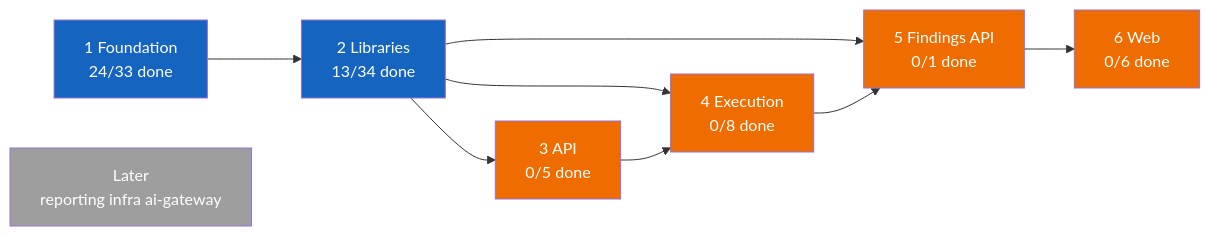
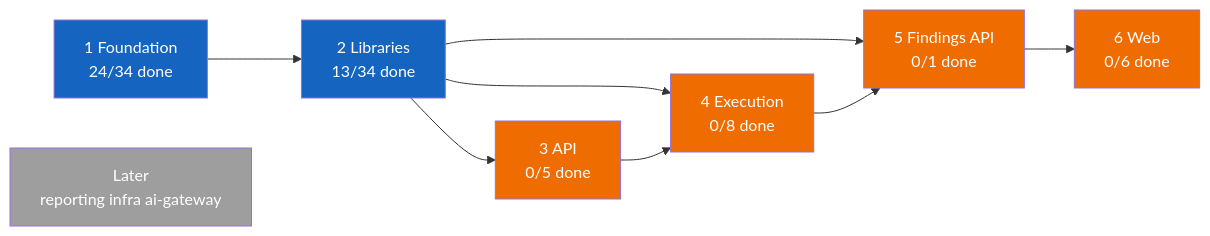
The first of 2 diagrams in PROGRESS.md (vulcanflow/docs), drawn with Mermaid before and after one commit. The commit also changed other lines of this file and 1 other file, not shown here.

````diff
--- a/PROGRESS.md
+++ b/PROGRESS.md
@@ -24,31 +24,31 @@
 ```mermaid
 flowchart LR
-  P1["1 Foundation<br/>24/33 done"]
+  P1["1 Foundation<br/>24/34 done"]
   P2["2 Libraries<br/>13/34 done"]
   P3["3 API<br/>0/5 done"]
   P4["4 Execution<br/>0/8 done"]
   P5["5 Findings API<br/>0/1 done"]
   P6["6 Web<br/>0/6 done"]
   L["Later<br/>reporting infra ai-gateway"]
 
   P1 --> P2
   P2 --> P3
   P2 --> P4
   P3 --> P4
   P2 --> P5
   P4 --> P5
   P5 --> P6
 
   classDef done fill:#2e7d32,color:#fff
   classDef active fill:#1565c0,color:#fff
   classDef held fill:#9e9e9e,color:#fff
   classDef blocked fill:#ef6c00,color:#fff
 
   class P1 active
   class P2 active
   class P3 blocked
   class P4 blocked
   class P5 blocked
   class P6 blocked
   class L held
 ```
````
